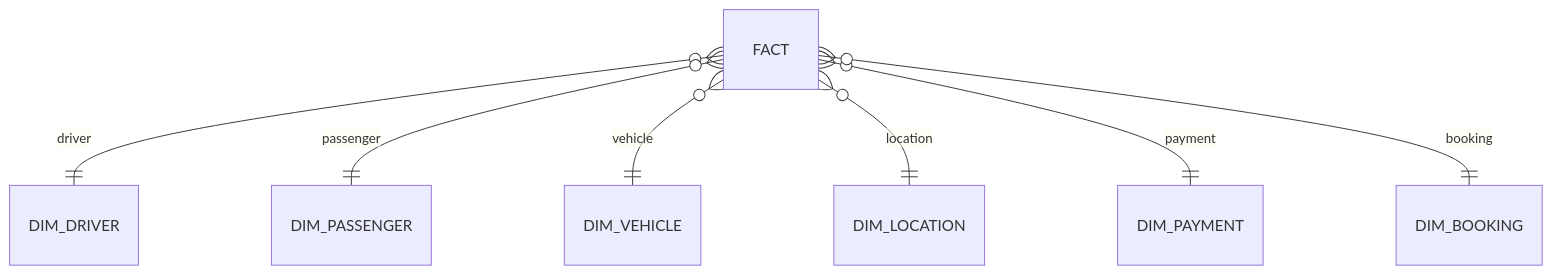
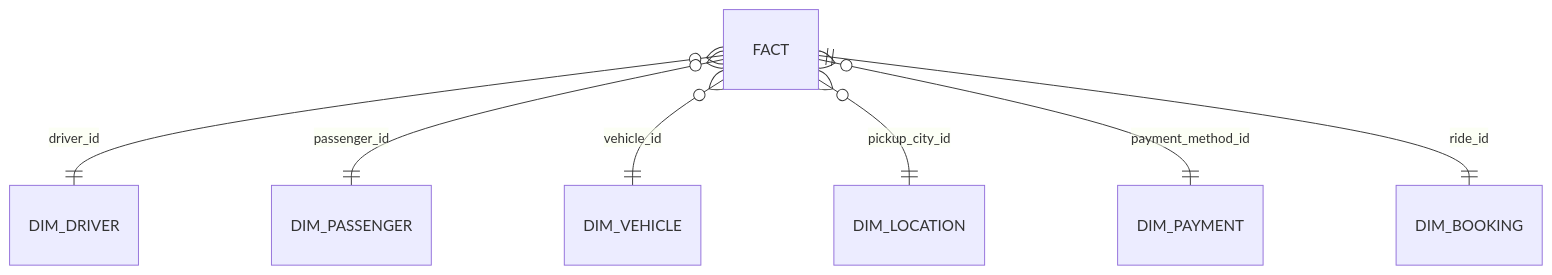
One commit to mpmitalia/Uber_data_Engineering_Project changed the second of 2 diagrams in README.md. Above: the diagram before and after it, drawn with Mermaid. The commit also changed other lines of this file, not shown here.

````diff
--- a/README.md
+++ b/README.md
@@ -165,9 +235,9 @@
 ```mermaid
 erDiagram
-    FACT }o--|| DIM_DRIVER : driver
-    FACT }o--|| DIM_PASSENGER : passenger
-    FACT }o--|| DIM_VEHICLE : vehicle
-    FACT }o--|| DIM_LOCATION : location
-    FACT }o--|| DIM_PAYMENT : payment
-    FACT }o--|| DIM_BOOKING : booking
+    FACT }o--|| DIM_DRIVER : driver_id
+    FACT }o--|| DIM_PASSENGER : passenger_id
+    FACT }o--|| DIM_VEHICLE : vehicle_id
+    FACT }o--|| DIM_LOCATION : pickup_city_id
+    FACT }o--|| DIM_PAYMENT : payment_method_id
+    FACT ||--|| DIM_BOOKING : ride_id
 ```
````
